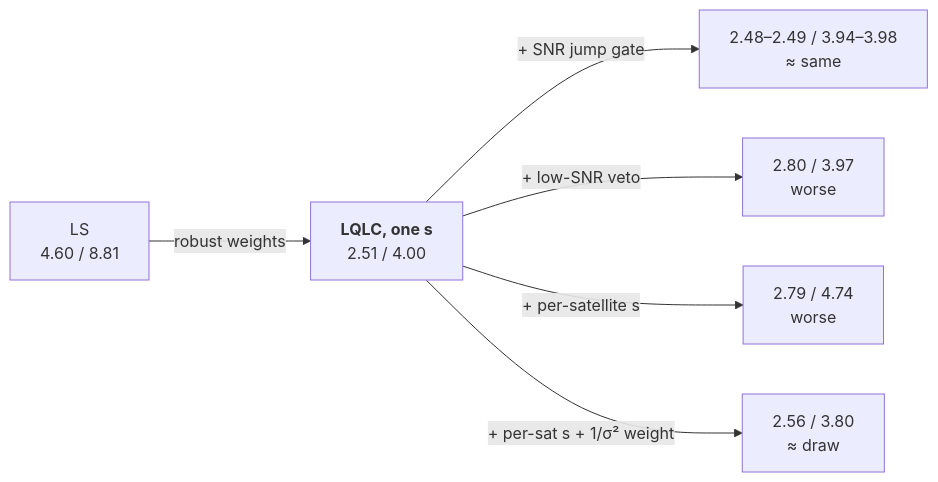
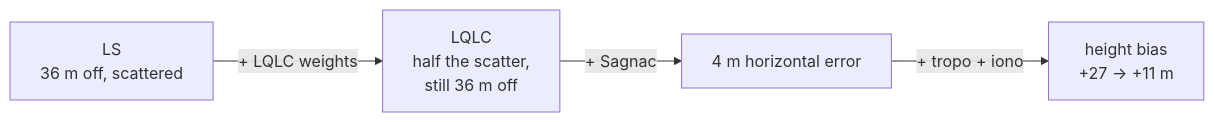
Before and after one commit to sing456123/FYP: the first of 5 diagrams in README.md, drawn with Mermaid. The commit also changed other lines of this file and 251 other files, not shown here.

````diff
--- a/README.md
+++ b/README.md
@@ -45,8 +62,6 @@
 ```mermaid
 flowchart LR
-    LS["LS<br/>4.60 / 8.81"] -->|"robust weights"| LQ["<b>LQLC, one s</b><br/>2.51 / 4.00"]
-    LQ -->|"+ SNR jump gate"| G["2.48–2.49 / 3.94–3.98<br/>≈ same"]
-    LQ -->|"+ low-SNR veto"| V["2.80 / 3.97<br/>worse"]
-    LQ -->|"+ per-satellite s"| S["2.79 / 4.74<br/>worse"]
-    LQ -->|"+ per-sat s + 1/σ² weight"| W["2.56 / 3.80<br/>≈ draw"]
+    A["LS<br/>36 m off, scattered"] -->|"+ LQLC weights"| B["LQLC<br/>half the scatter,<br/>still 36 m off"]
+    B -->|"+ Sagnac"| C["4 m horizontal error"]
+    C -->|"+ tropo + iono"| D["height bias<br/>+27 → +11 m"]
 ```
````
